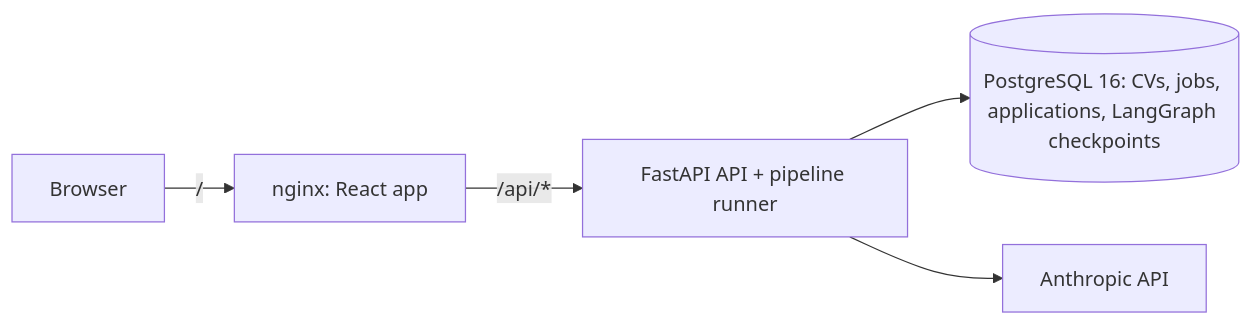
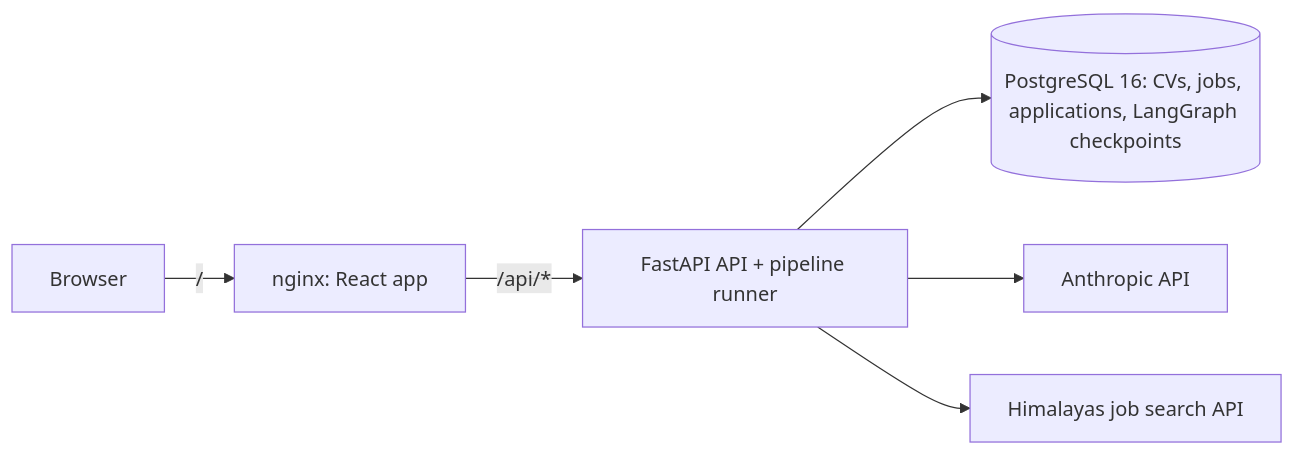
Before and after one commit to Mohamed-Aljunaid/hireflow: the second of 2 diagrams in README.md, drawn with Mermaid. The commit also changed other lines of this file and 32 other files, not shown here.

First line of the commit message:
Phase 9: Job search

````diff
--- a/README.md
+++ b/README.md
@@ -30,7 +30,8 @@
 ```mermaid
 flowchart LR
     B[Browser] -->|/| N[nginx: React app]
     N -->|/api/*| A[FastAPI API + pipeline runner]
     A --> DB[(PostgreSQL 16: CVs, jobs, applications, LangGraph checkpoints)]
     A --> C[Anthropic API]
+    A --> H[Himalayas job search API]
 ```
````
